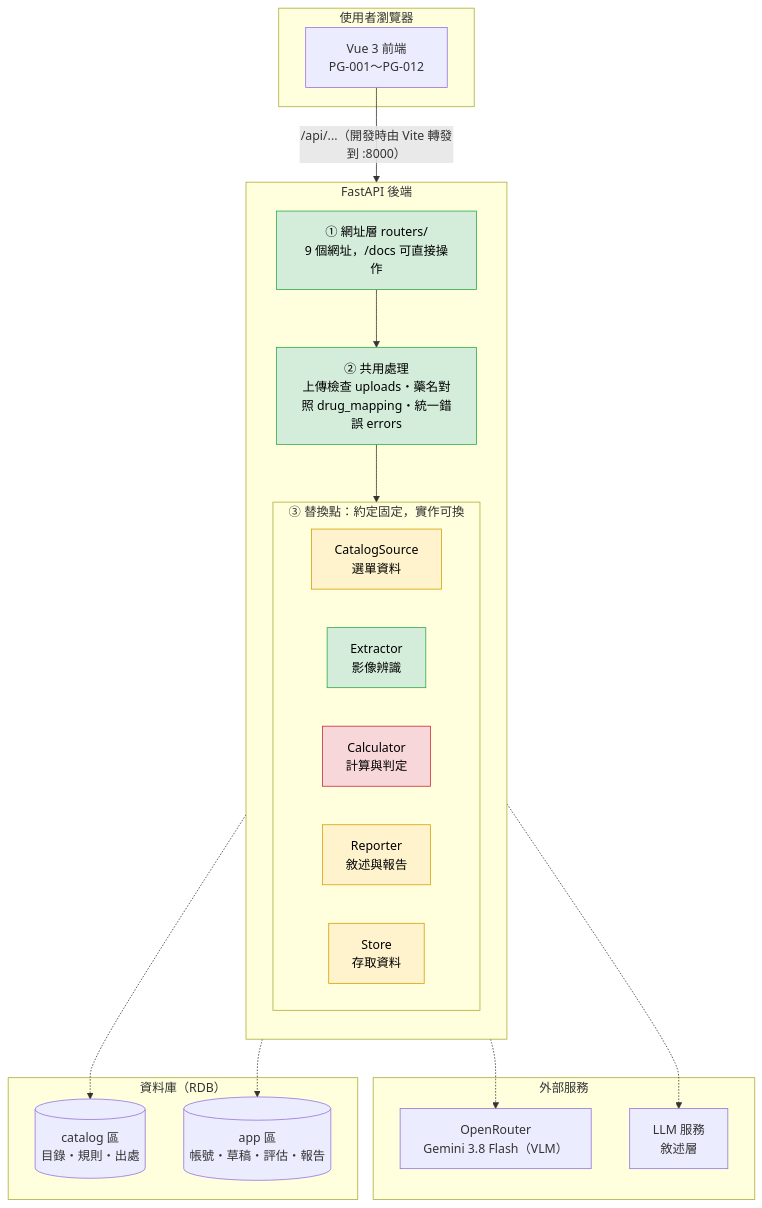
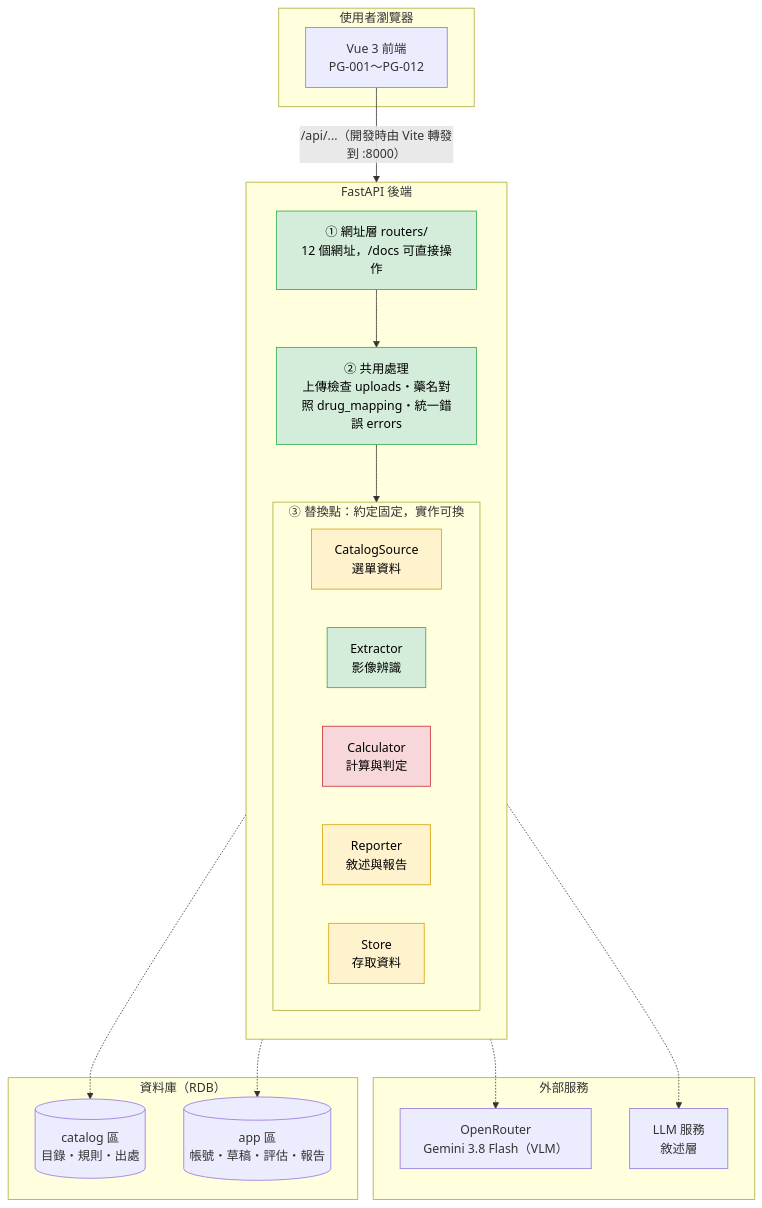
One commit to polun1210/aipe04_project_g4 changed the first of 2 diagrams in docs/architecture.md. Above: the diagram before and after it, drawn with Mermaid. The commit also changed other lines of this file and 10 other files, not shown here.

````diff
--- a/docs/architecture.md
+++ b/docs/architecture.md
@@ -13,46 +13,46 @@
 ```mermaid
 flowchart TB
     subgraph Browser["使用者瀏覽器"]
         FE["Vue 3 前端<br/>PG-001～PG-012"]
     end
 
     subgraph Backend["FastAPI 後端"]
         direction TB
-        R["① 網址層 routers/<br/>9 個網址，/docs 可直接操作"]
+        R["① 網址層 routers/<br/>12 個網址，/docs 可直接操作"]
         S["② 共用處理<br/>上傳檢查 uploads・藥名對照 drug_mapping・統一錯誤 errors"]
 
         subgraph RP["③ 替換點：約定固定，實作可換"]
             direction LR
             CS["CatalogSource<br/>選單資料"]
             EX["Extractor<br/>影像辨識"]
             CA["Calculator<br/>計算與判定"]
             RE["Reporter<br/>敘述與報告"]
             ST["Store<br/>存取資料"]
         end
 
         R --> S --> RP
     end
 
     subgraph External["外部服務"]
         VLM["OpenRouter<br/>Gemini 3.8 Flash（VLM）"]
         LLM["LLM 服務<br/>敘述層"]
     end
 
     subgraph DB["資料庫（RDB）"]
         CAT[("catalog 區<br/>目錄・規則・出處")]
         APP[("app 區<br/>帳號・草稿・評估・報告")]
     end
 
     FE -- "/api/...（開發時由 Vite 轉發到 :8000）" --> R
     EX -.-> VLM
     RE -.-> LLM
     CS -.-> CAT
     ST -.-> APP
 
     classDef done fill:#d4edda,stroke:#28a745,color:#000
     classDef partial fill:#fff3cd,stroke:#d39e00,color:#000
     classDef todo fill:#f8d7da,stroke:#c82333,color:#000
     class R,S,EX done
     class CS,ST,RE partial
     class CA todo
 ```
````
